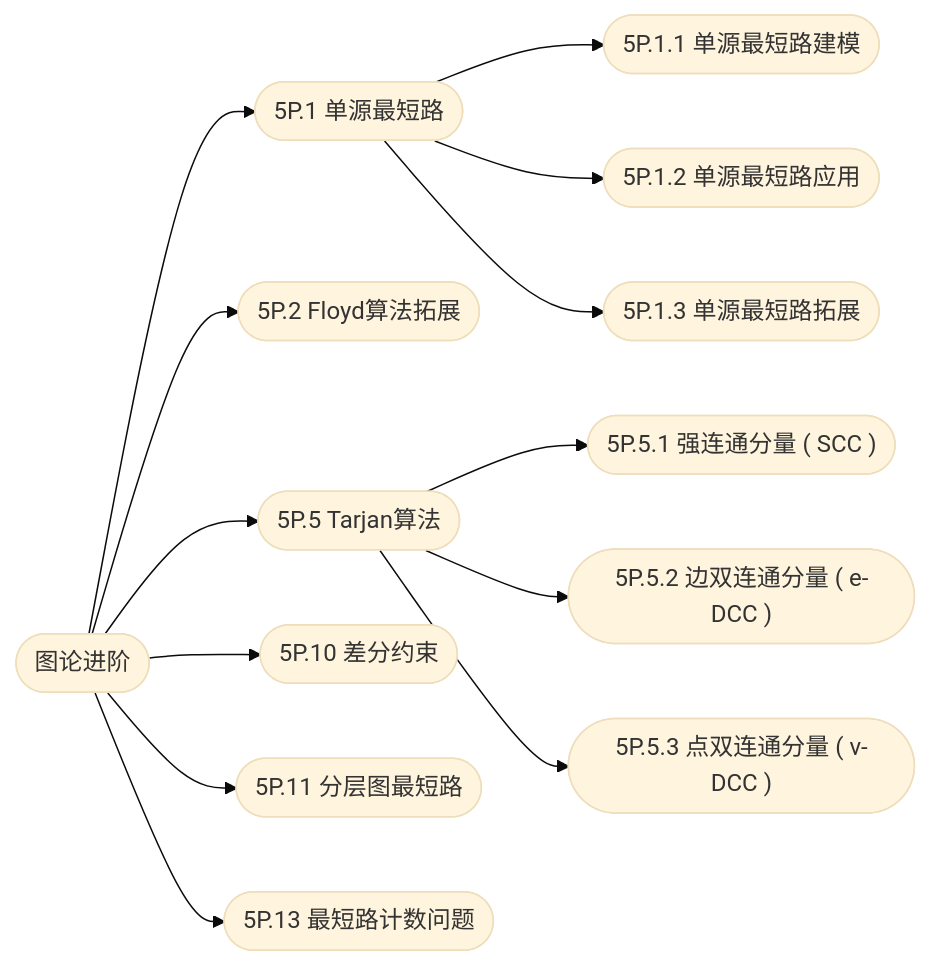
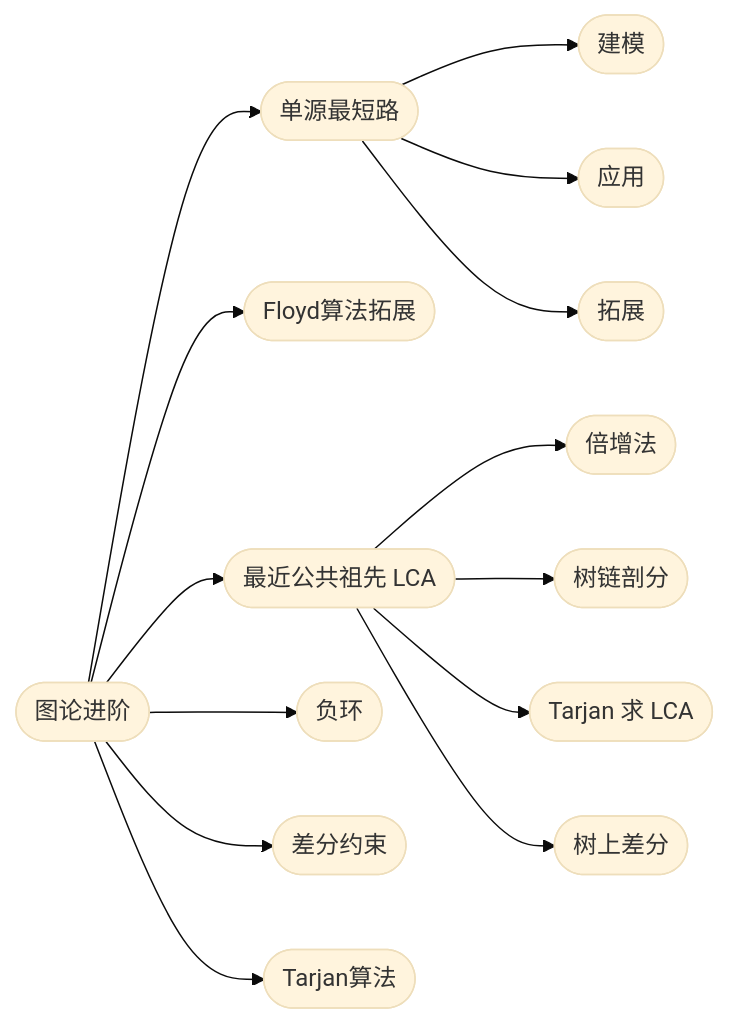
Before and after one commit to cuberxl/Coders-Note: the diagram in 5P-图论进阶/index.md, drawn with Mermaid (base theme). The commit also changed other lines of this file and 20 other files, not shown here.

````diff
--- a/5P-图论进阶/index.md
+++ b/5P-图论进阶/index.md
@@ -26,16 +26,17 @@
 ```mermaid
 flowchart LR
     R(["图论进阶"])
-    R --> N1(["5P.1 单源最短路"])
-    N1 --> N1_1(["5P.1.1 单源最短路建模"])
-    N1 --> N1_2(["5P.1.2 单源最短路应用"])
-    N1 --> N1_3(["5P.1.3 单源最短路拓展"])
-    R --> N2(["5P.2 Floyd算法拓展"])
-    R --> N3(["5P.5 Tarjan算法"])
-    N3 --> N3_1(["5P.5.1 强连通分量 ( SCC )"])
-    N3 --> N3_2(["5P.5.2 边双连通分量 ( e-DCC )"])
-    N3 --> N3_3(["5P.5.3 点双连通分量 ( v-DCC )"])
-    R --> N4(["5P.10 差分约束"])
-    R --> N5(["5P.11 分层图最短路"])
-    R --> N6(["5P.13 最短路计数问题"])
+    R --> N1(["单源最短路"])
+    N1 --> N1_1(["建模"])
+    N1 --> N1_2(["应用"])
+    N1 --> N1_3(["拓展"])
+    R --> N2(["Floyd算法拓展"])
+    R --> N3(["最近公共祖先 LCA"])
+    N3 --> N3_1(["倍增法"])
+    N3 --> N3_2(["树链剖分"])
+    N3 --> N3_3(["Tarjan 求 LCA"])
+    N3 --> N3_4(["树上差分"])
+    R --> N4(["负环"])
+    R --> N5(["差分约束"])
+    R --> N6(["Tarjan算法"])
 ```
````
